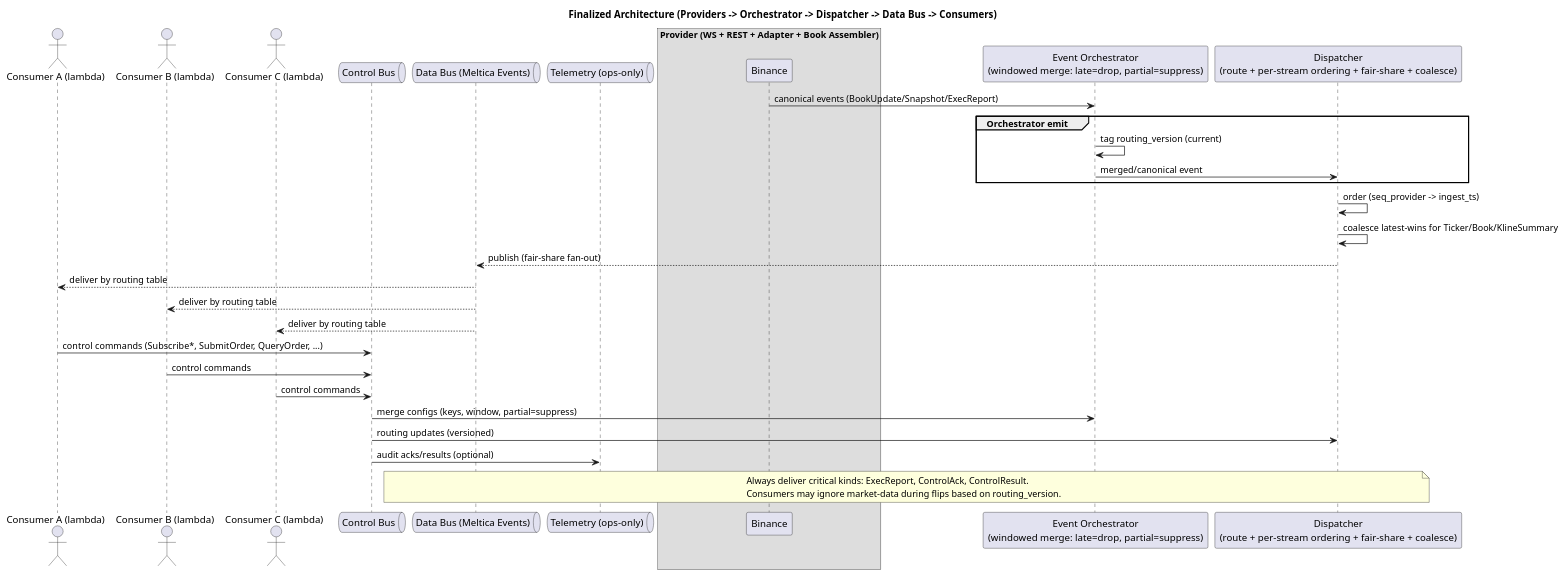
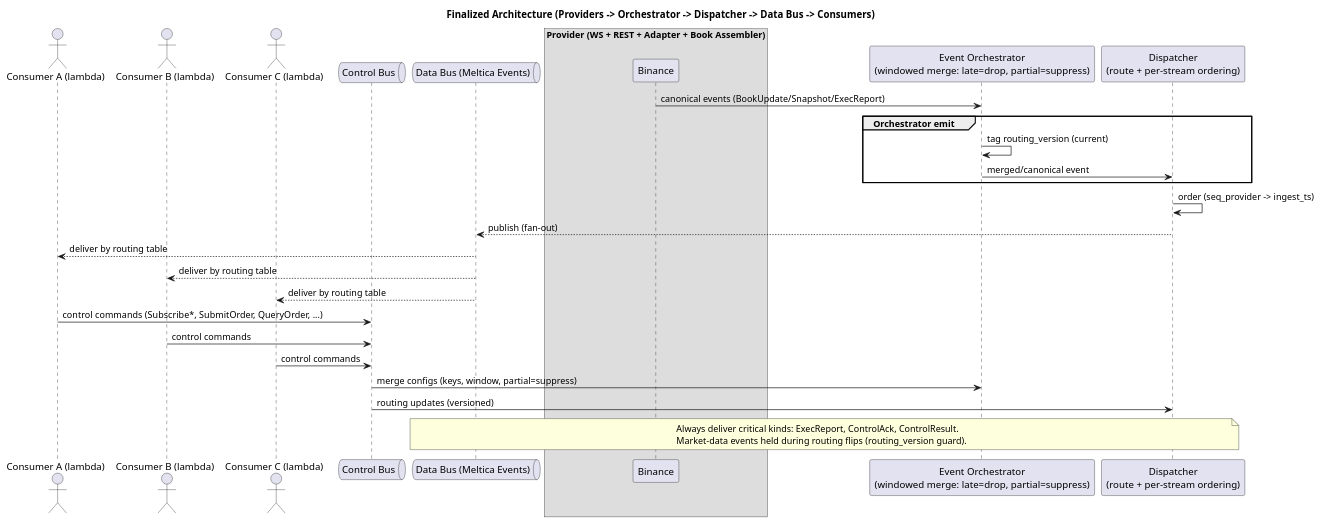
One commit to coachpo/meltica changed the diagram in docs/diagrams/architecture-finalized.puml. Above: the diagram before and after it, drawn with PlantUML. The commit also changed 25 other files, not shown here.

```diff
--- a/docs/diagrams/architecture-finalized.puml
+++ b/docs/diagrams/architecture-finalized.puml
@@ -1,49 +1,46 @@
 @startuml
 title Finalized Architecture (Providers -> Orchestrator -> Dispatcher -> Data Bus -> Consumers)
 
 actor "Consumer A (lambda)" as CON_A
 actor "Consumer B (lambda)" as CON_B
 actor "Consumer C (lambda)" as CON_C
 
 queue "Control Bus" as ControlBus
 queue "Data Bus (Meltica Events)" as DataBus
-queue "Telemetry (ops-only)" as Telemetry
 
 box "Provider (WS + REST + Adapter + Book Assembler)"
   participant "Binance" as PRV_O
 end box
 
 participant "Event Orchestrator\n(windowed merge: late=drop, partial=suppress)" as Orchestrator
-participant "Dispatcher\n(route + per-stream ordering + fair-share + coalesce)" as Dispatcher
+participant "Dispatcher\n(route + per-stream ordering)" as Dispatcher
 
 ' Ingress
 PRV_O -> Orchestrator : canonical events (BookUpdate/Snapshot/ExecReport)
 
 group Orchestrator emit
   Orchestrator -> Orchestrator : tag routing_version (current)
   Orchestrator -> Dispatcher : merged/canonical event
 end
 
 ' Dispatch
 Dispatcher -> Dispatcher : order (seq_provider -> ingest_ts)
-Dispatcher -> Dispatcher : coalesce latest-wins for Ticker/Book/KlineSummary
-Dispatcher --> DataBus : publish (fair-share fan-out)
+Dispatcher --> DataBus : publish (fan-out)
 
 ' Delivery
 DataBus --> CON_A : deliver by routing table
 DataBus --> CON_B : deliver by routing table
 DataBus --> CON_C : deliver by routing table
 
 ' Control plane
 CON_A -> ControlBus : control commands (Subscribe*, SubmitOrder, QueryOrder, ...)
 CON_B -> ControlBus : control commands
 CON_C -> ControlBus : control commands
 ControlBus -> Orchestrator : merge configs (keys, window, partial=suppress)
 ControlBus -> Dispatcher : routing updates (versioned)
-ControlBus -> Telemetry : audit acks/results (optional)
 
 note over Dispatcher,DataBus
 Always deliver critical kinds: ExecReport, ControlAck, ControlResult.
-Consumers may ignore market-data during flips based on routing_version.
+Market-data events held during routing flips (routing_version guard).
 end note
 @enduml
```
